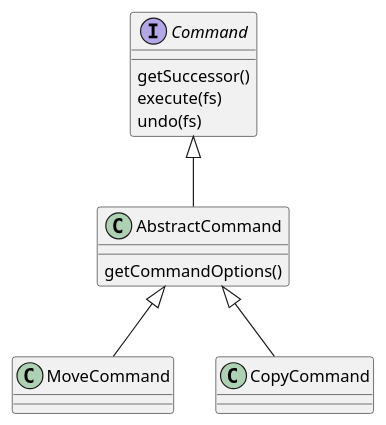
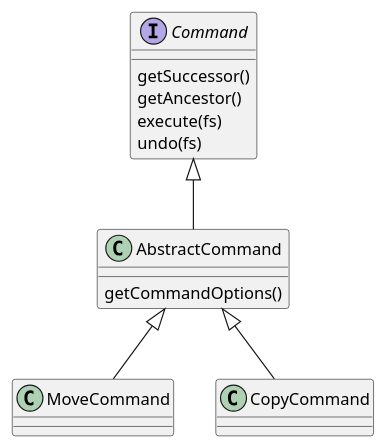
One commit to trustedshops/design-patterns changed the third of 4 diagrams in javaDesignPatterns/src/docs/asciidoc/diagrams.adoc. Above: the diagram before and after it, drawn with PlantUML. The commit also changed other lines of this file and 4 other files, not shown here.

```diff
--- a/javaDesignPatterns/src/docs/asciidoc/diagrams.adoc
+++ b/javaDesignPatterns/src/docs/asciidoc/diagrams.adoc
@@ -36,15 +36,16 @@
 [plantuml, diagram-command-classes, png]
 ....
 interface Command
 class AbstractCommand
 class MoveCommand
 class CopyCommand
 
 Command <|-- AbstractCommand
 AbstractCommand <|-- MoveCommand
 AbstractCommand <|-- CopyCommand
 Command : getSuccessor()
+Command : getAncestor()
 Command : execute(fs)
 Command : undo(fs)
 AbstractCommand : getCommandOptions()
 ....
```
